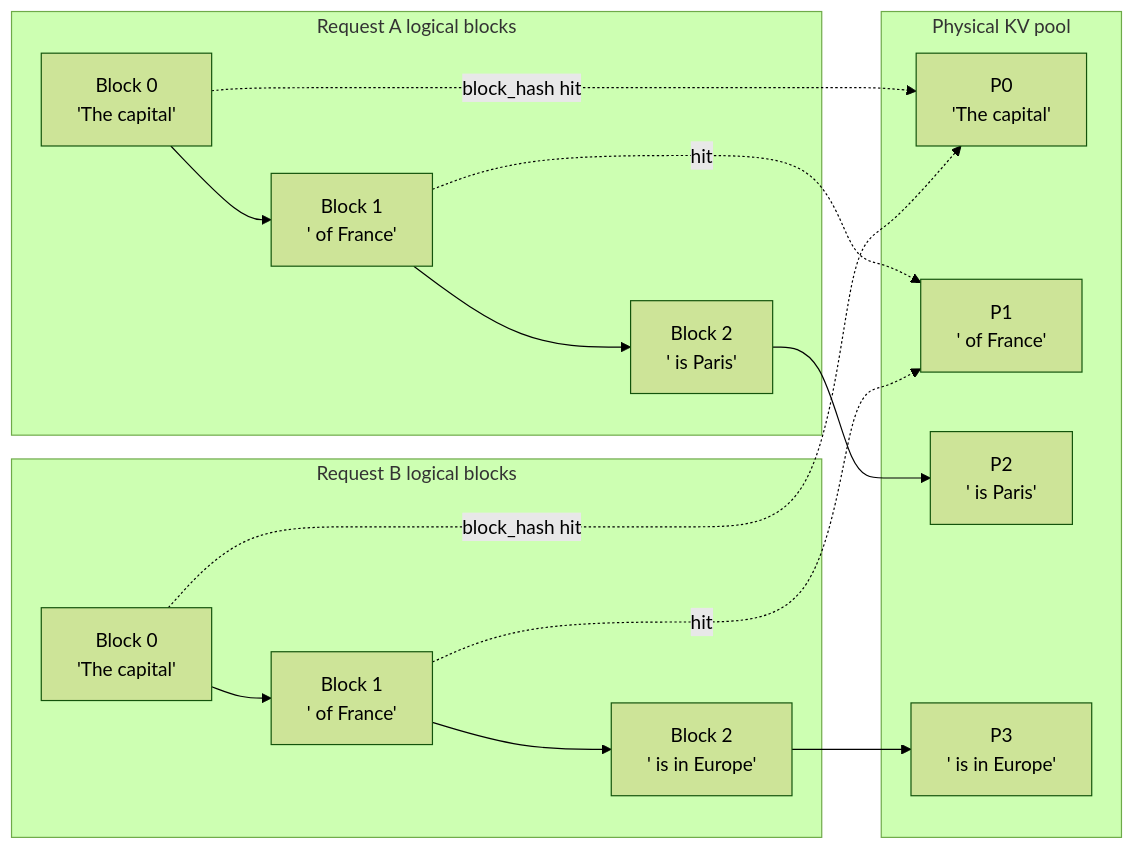
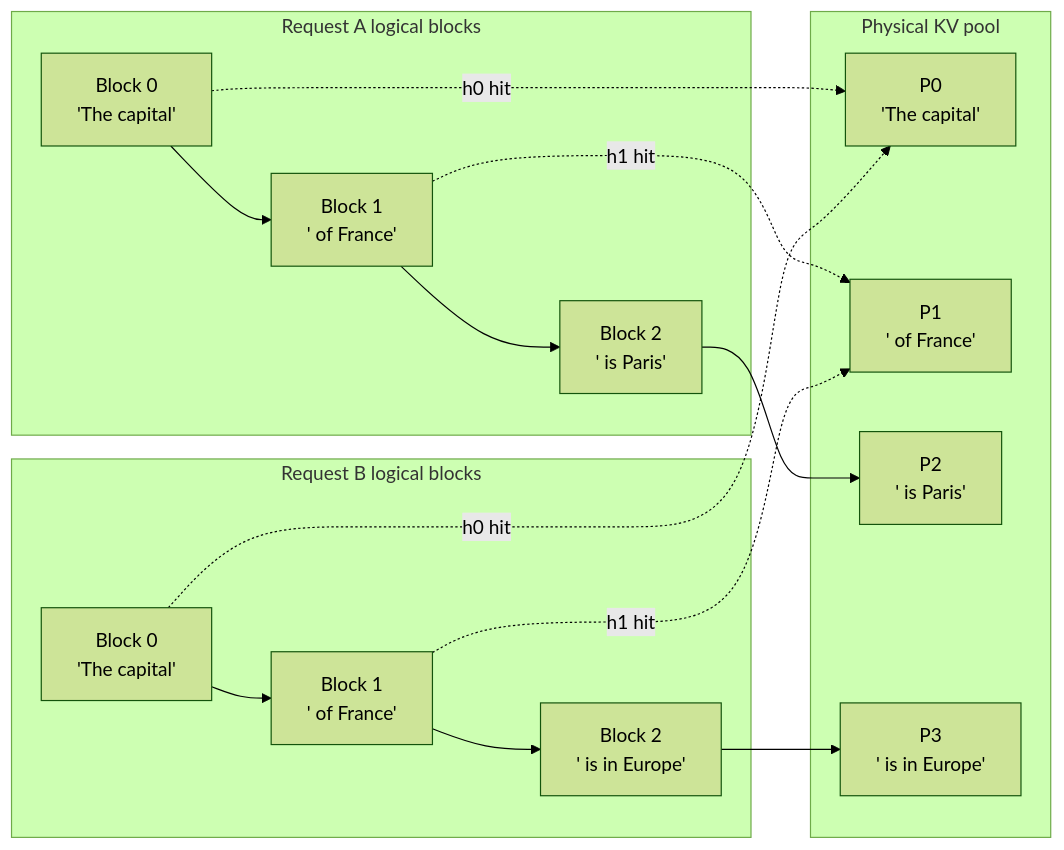
One commit to phi9t/vllm changed the third of 5 diagrams in explorer/public/data/guide.md. Above: the diagram before and after it, drawn with Mermaid (forest theme). The commit also changed other lines of this file and 2 other files, not shown here.

````diff
--- a/explorer/public/data/guide.md
+++ b/explorer/public/data/guide.md
@@ -375,23 +513,23 @@
 ```mermaid
 flowchart LR
   subgraph LogicalA["Request A logical blocks"]
     A0[Block 0\n'The capital'] --> A1[Block 1\n' of France']
     A1 --> A2[Block 2\n' is Paris']
   end
   subgraph LogicalB["Request B logical blocks"]
     B0[Block 0\n'The capital'] --> B1[Block 1\n' of France']
     B1 --> B2[Block 2\n' is in Europe']
   end
   subgraph Physical["Physical KV pool"]
     P0[P0\n'The capital']
     P1[P1\n' of France']
     P2[P2\n' is Paris']
     P3[P3\n' is in Europe']
   end
-  A0 -. block_hash hit .-> P0
-  B0 -. block_hash hit .-> P0
-  A1 -. hit .-> P1
-  B1 -. hit .-> P1
+  A0 -. h0 hit .-> P0
+  B0 -. h0 hit .-> P0
+  A1 -. h1 hit .-> P1
+  B1 -. h1 hit .-> P1
   A2 --> P2
   B2 --> P3
 ```
````
